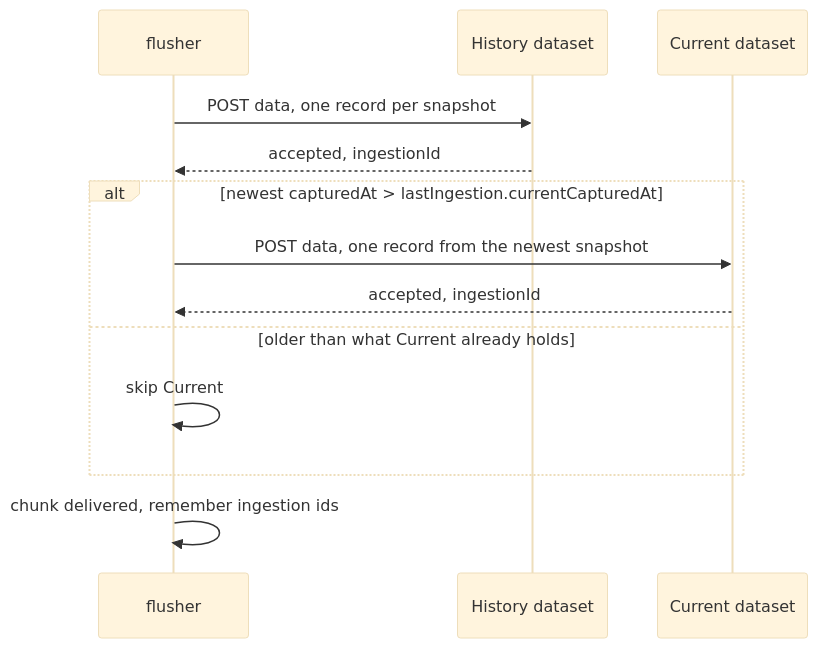
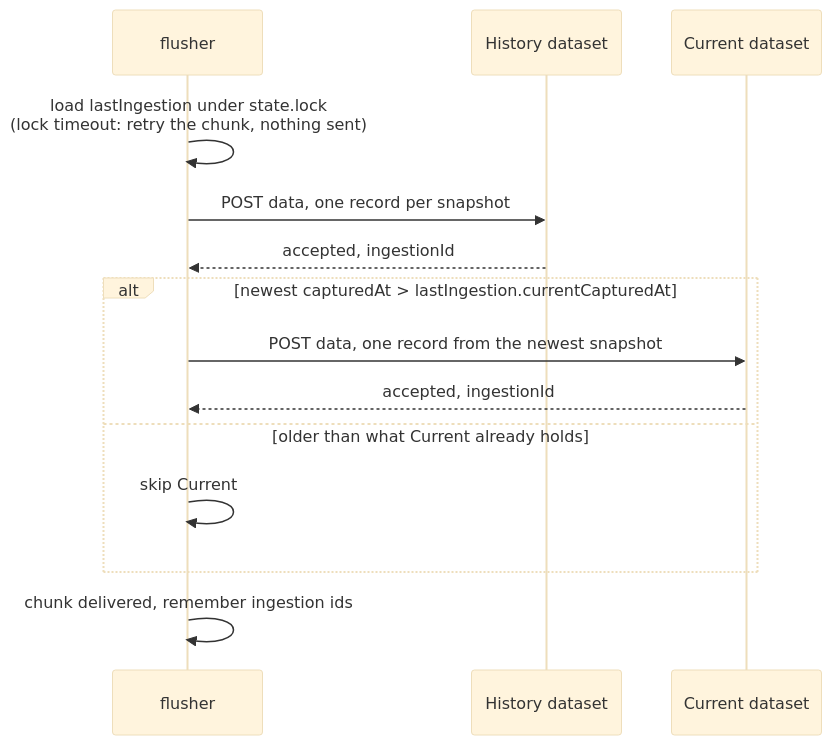
The first of 2 diagrams in docs/spec/gaugewire/databox-sink.md (sulcer/gaugewire), drawn with Mermaid (base theme) before and after one commit. The commit also changed other lines of this file and 7 other files, not shown here.

````diff
--- a/docs/spec/gaugewire/databox-sink.md
+++ b/docs/spec/gaugewire/databox-sink.md
@@ -77,15 +80,16 @@
 ```mermaid
 sequenceDiagram
     participant F as flusher
     participant H as History dataset
     participant C as Current dataset
+    F->>F: load lastIngestion under state.lock<br/>(lock timeout: retry the chunk, nothing sent)
     F->>H: POST data, one record per snapshot
     H-->>F: accepted, ingestionId
     alt newest capturedAt > lastIngestion.currentCapturedAt
         F->>C: POST data, one record from the newest snapshot
         C-->>F: accepted, ingestionId
     else older than what Current already holds
         F->>F: skip Current
     end
     F->>F: chunk delivered, remember ingestion ids
 ```
````
